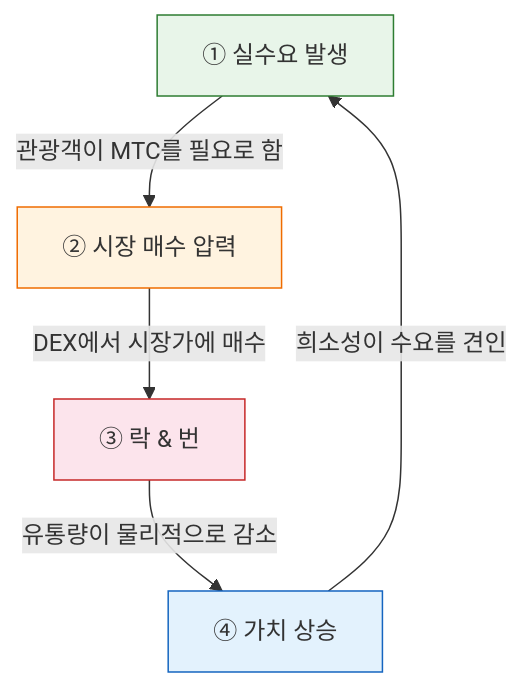
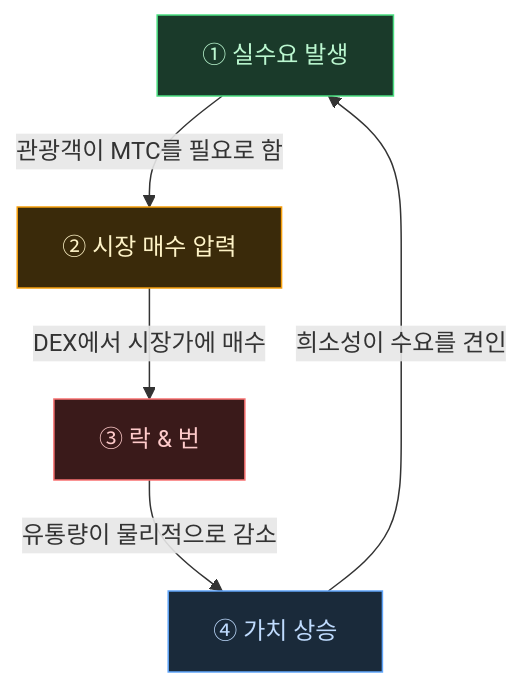
One commit to Cootakahashi/matsuri-dao-whitepaper changed the first of 2 diagrams in i18n/ko/docusaurus-plugin-content-docs/current/02-vision.md. Above: the diagram before and after it, drawn with Mermaid. The commit also changed 102 other files, not shown here.

````diff
--- a/i18n/ko/docusaurus-plugin-content-docs/current/02-vision.md
+++ b/i18n/ko/docusaurus-plugin-content-docs/current/02-vision.md
@@ -42,12 +42,12 @@
 ```mermaid
 graph TD
-    A["① 실수요 발생"] -->|관광객이 MTC를 필요로 함| B["② 시장 매수 압력"]
-    B -->|DEX에서 시장가에 매수| C["③ 락 & 번"]
-    C -->|유통량이 물리적으로 감소| D["④ 가치 상승"]
+    A["① 실수요 발생"]:::step1 -->|관광객이 MTC를 필요로 함| B["② 시장 매수 압력"]:::step2
+    B -->|DEX에서 시장가에 매수| C["③ 락 & 번"]:::step3
+    C -->|유통량이 물리적으로 감소| D["④ 가치 상승"]:::step4
     D -->|희소성이 수요를 견인| A
 
-    style A fill:#e8f5e9,stroke:#2e7d32
-    style B fill:#fff3e0,stroke:#ef6c00
-    style C fill:#fce4ec,stroke:#c62828
-    style D fill:#e3f2fd,stroke:#1565c0
+    classDef step1 fill:#1a3a2a,stroke:#4ade80,color:#bbf7d0
+    classDef step2 fill:#3a2a0a,stroke:#f59e0b,color:#fef3c7
+    classDef step3 fill:#3a1a1a,stroke:#f87171,color:#fecaca
+    classDef step4 fill:#1a2a3a,stroke:#60a5fa,color:#bfdbfe
 ```
````
